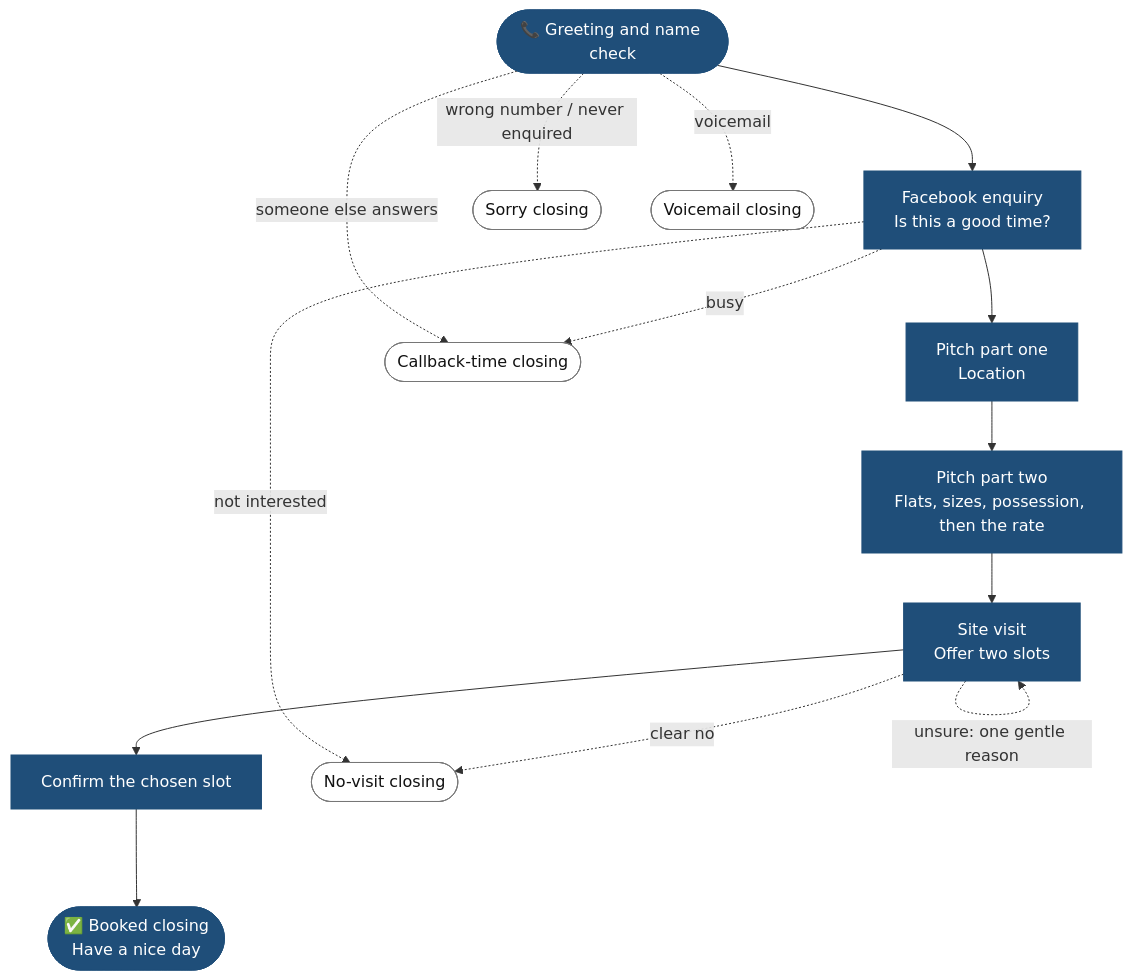
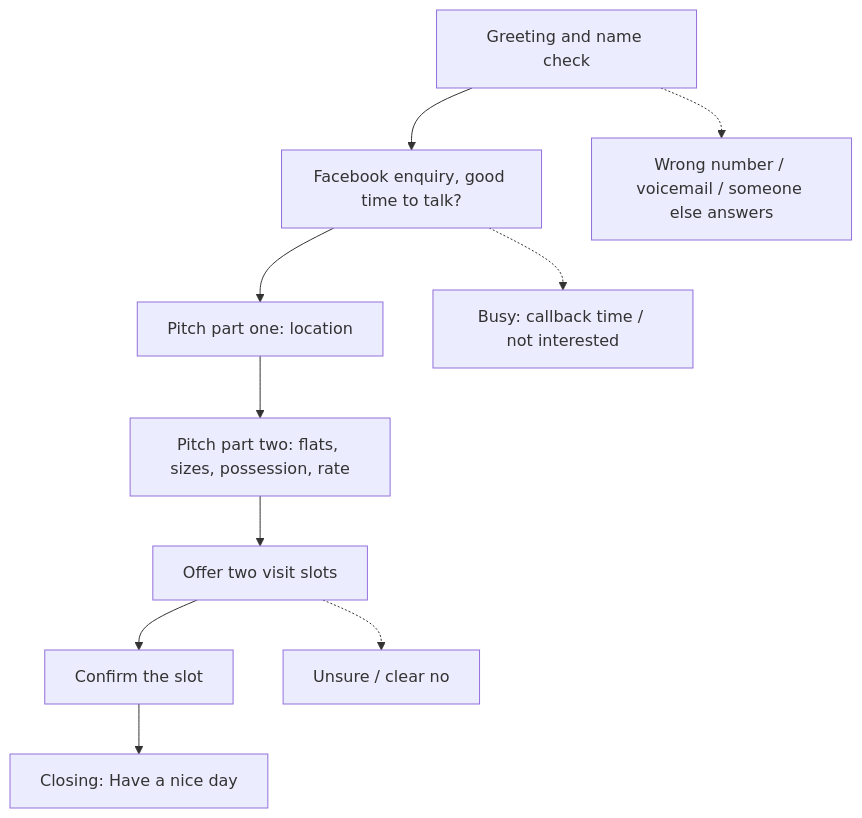
The diagram in README.md (le-Affan/mira-voice-agent), drawn with Mermaid before and after one commit. The commit also changed other lines of this file, not shown here.

````diff
--- a/README.md
+++ b/README.md
@@ -52,23 +21,12 @@
 ```mermaid
 flowchart TD
-    A([📞 Greeting and name check]) --> B[Facebook enquiry<br/>Is this a good time?]
-    B --> C[Pitch part one<br/>Location]
-    C --> D[Pitch part two<br/>Flats, sizes, possession, then the rate]
-    D --> E[Site visit<br/>Offer two slots]
-    E --> F[Confirm the chosen slot]
-    F --> G([✅ Booked closing<br/>Have a nice day])
-
-    A -. wrong number / never enquired .-> X1([Sorry closing])
-    A -. someone else answers .-> X2([Callback-time closing])
-    A -. voicemail .-> X3([Voicemail closing])
-    B -. busy .-> X2
-    B -. not interested .-> X4([No-visit closing])
-    E -. time is not a slot .-> E
-    E -. unsure: one gentle reason .-> E
-    E -. clear no .-> X4
-
-    classDef main fill:#1F4E79,stroke:#1F4E79,color:#fff;
-    classDef exit fill:#fff,stroke:#777,color:#111;
-    class A,B,C,D,E,F,G main;
-    class X1,X2,X3,X4 exit;
+    A[Greeting and name check] --> B[Facebook enquiry, good time to talk?]
+    B --> C[Pitch part one: location]
+    C --> D[Pitch part two: flats, sizes, possession, rate]
+    D --> E[Offer two visit slots]
+    E --> F[Confirm the slot]
+    F --> G[Closing: Have a nice day]
+    A -.-> X1[Wrong number / voicemail / someone else answers]
+    B -.-> X2[Busy: callback time / not interested]
+    E -.-> X3[Unsure / clear no]
 ```
````
